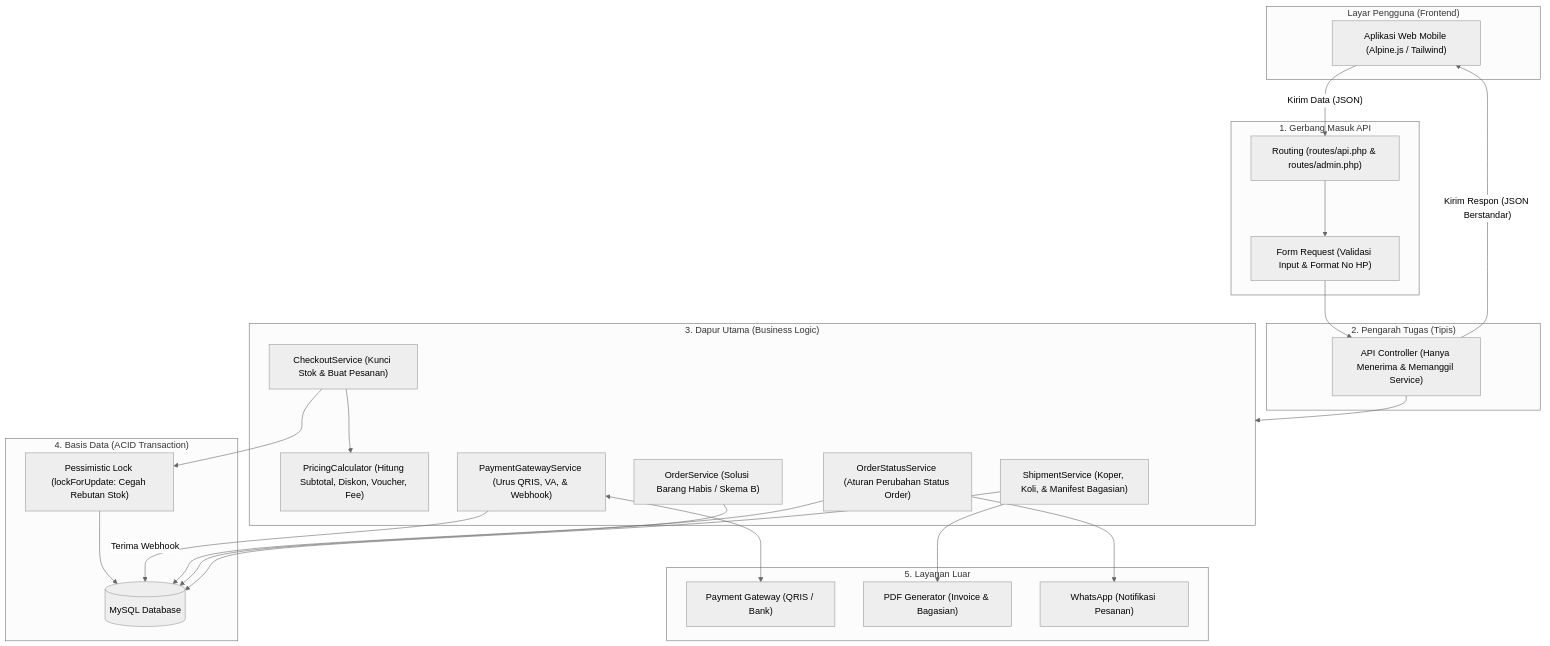
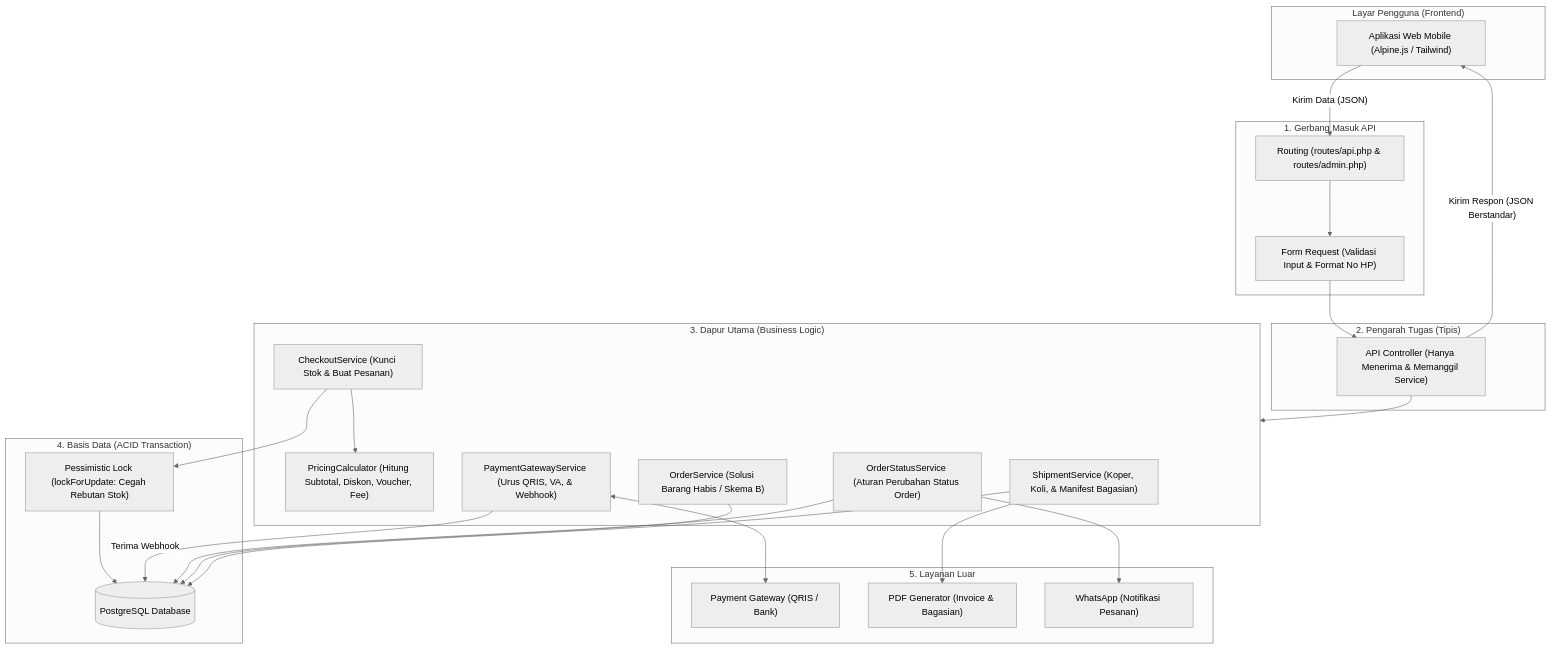
Before and after one commit to greedykid/galaksian: the first of 8 diagrams in docs/BACKEND_DIAGRAMS.md, drawn with Mermaid (neutral theme). The commit also changed 8 other files, not shown here.

First line of the commit message:
refactor(db): pindahkan default koneksi database ke PostgreSQL

````diff
--- a/docs/BACKEND_DIAGRAMS.md
+++ b/docs/BACKEND_DIAGRAMS.md
@@ -24,53 +24,53 @@
 ```mermaid
 flowchart TD
     subgraph Frontend["Layar Pengguna (Frontend)"]
         UI["Aplikasi Web Mobile (Alpine.js / Tailwind)"]
     end
 
     subgraph EntryPoint["1. Gerbang Masuk API"]
         Route["Routing (routes/api.php & routes/admin.php)"]
         FormReq["Form Request (Validasi Input & Format No HP)"]
     end
 
     subgraph ControllerLayer["2. Pengarah Tugas (Tipis)"]
         Ctrl["API Controller (Hanya Menerima & Memanggil Service)"]
     end
 
     subgraph ServiceLayer["3. Dapur Utama (Business Logic)"]
         Pricing["PricingCalculator (Hitung Subtotal, Diskon, Voucher, Fee)"]
         Checkout["CheckoutService (Kunci Stok & Buat Pesanan)"]
         OrderState["OrderStatusService (Aturan Perubahan Status Order)"]
         PaymentService["PaymentGatewayService (Urus QRIS, VA, & Webhook)"]
         OrderOps["OrderService (Solusi Barang Habis / Skema B)"]
         ShipmentServ["ShipmentService (Koper, Koli, & Manifest Bagasian)"]
     end
 
     subgraph Database["4. Basis Data (ACID Transaction)"]
-        DB[(MySQL Database)]
+        DB[(PostgreSQL Database)]
         Lock["Pessimistic Lock (lockForUpdate: Cegah Rebutan Stok)"]
     end
 
     subgraph External["5. Layanan Luar"]
         PGateway["Payment Gateway (QRIS / Bank)"]
         PDF["PDF Generator (Invoice & Bagasian)"]
         WA["WhatsApp (Notifikasi Pesanan)"]
     end
 
     UI -->|"Kirim Data (JSON)"| Route
     Route --> FormReq
     FormReq --> Ctrl
     Ctrl --> ServiceLayer
 
     Checkout --> Pricing
     Checkout --> Lock
     Lock --> DB
     PaymentService -->|"Terima Webhook"| DB
     OrderState --> DB
     OrderOps --> DB
     ShipmentServ --> DB
 
     PaymentService <--> PGateway
     ShipmentServ --> PDF
     OrderState --> WA
     Ctrl -->|"Kirim Respon (JSON Berstandar)"| UI
 ```
````
